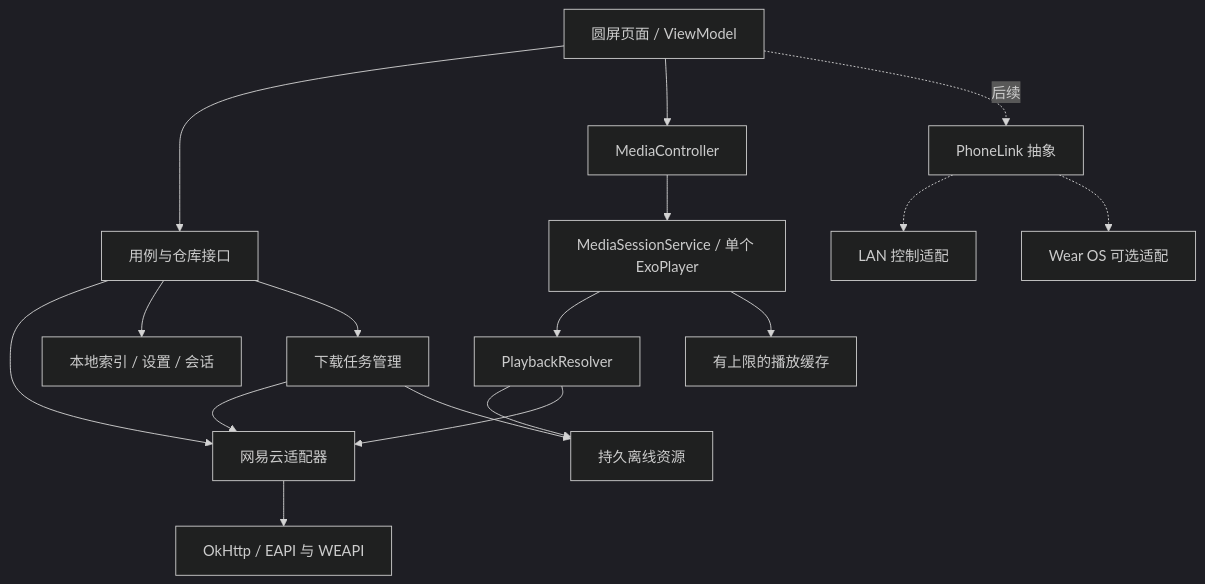
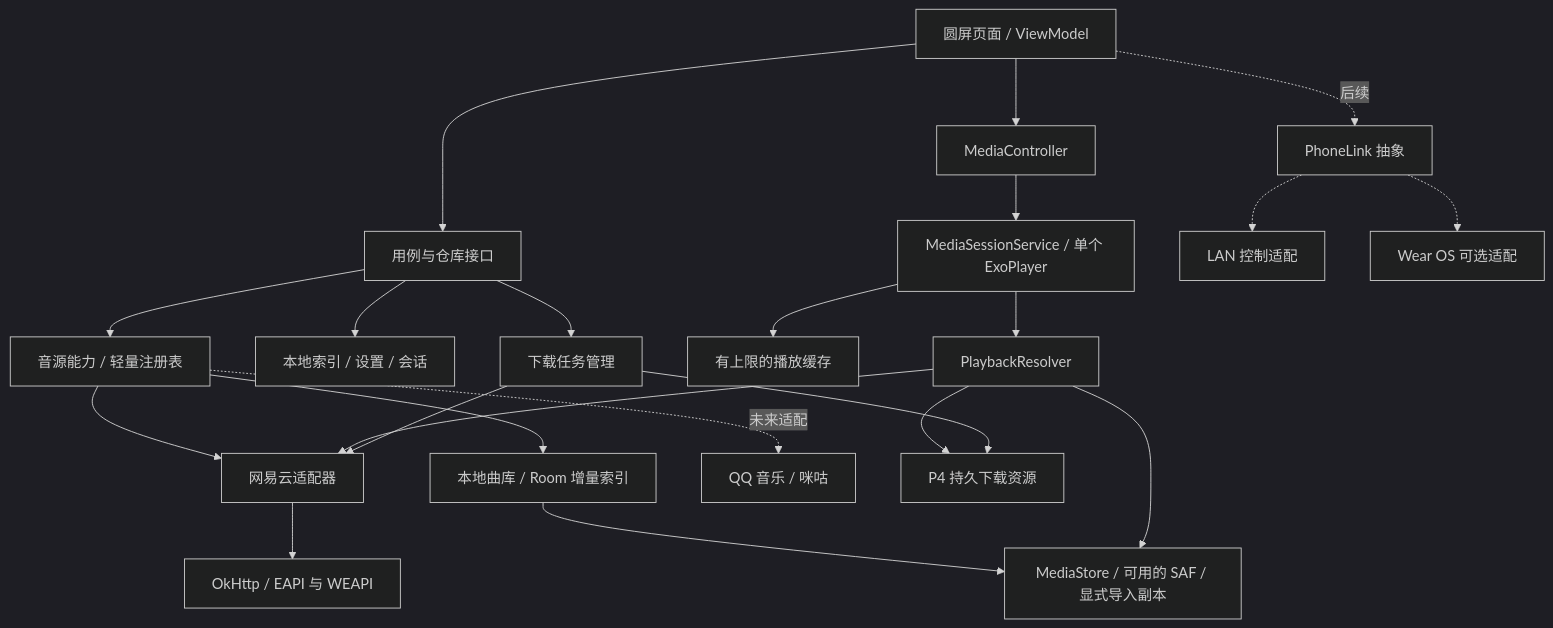
The diagram in docs/03-技术架构与接口.md (OnlineMo/MeloX-Watch), drawn with Mermaid (dark theme) before and after one commit. The commit also changed other lines of this file and 21 other files, not shown here.

````diff
--- a/docs/03-技术架构与接口.md
+++ b/docs/03-技术架构与接口.md
@@ -9,19 +9,24 @@
 ```mermaid
 flowchart TD
     UI[圆屏页面 / ViewModel] --> UC[用例与仓库接口]
     UI --> MC[MediaController]
     MC --> PS[MediaSessionService / 单个 ExoPlayer]
-    UC --> NR[网易云适配器]
+    UC --> REG[音源能力 / 轻量注册表]
+    REG --> NR[网易云适配器]
+    REG --> LR[本地曲库 / Room 增量索引]
+    REG -. 未来适配 .-> EXTRA[QQ 音乐 / 咪咕]
+    LR --> LOCAL[MediaStore / 可用的 SAF / 显式导入副本]
     UC --> DB[本地索引 / 设置 / 会话]
     PS --> RES[PlaybackResolver]
-    RES --> DL[持久离线资源]
+    RES --> LOCAL
+    RES --> DL[P4 持久下载资源]
     RES --> NR
     NR --> HTTP[OkHttp / EAPI 与 WEAPI]
     PS --> CACHE[有上限的播放缓存]
     UC --> DM[下载任务管理]
     DM --> NR
     DM --> DL
     UI -. 后续 .-> LINK[PhoneLink 抽象]
     LINK -.-> LAN[LAN 控制适配]
     LINK -.-> WEAR[Wear OS 可选适配]
 ```
````
